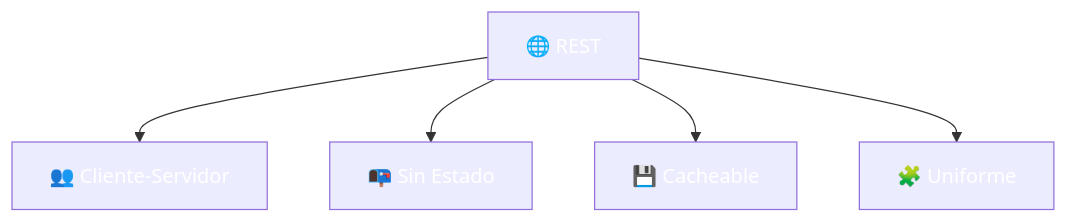
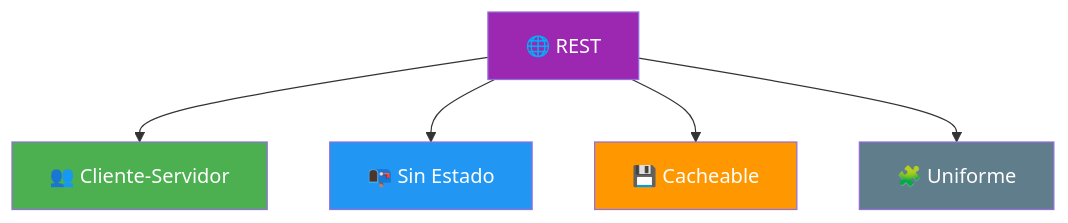
One commit to joseluisgs/DesarrolloWebEntornosServidor-02-2026-2027 changed the second of 4 diagrams in 02-rest-api.md. Above: the diagram before and after it, drawn with Mermaid. The commit also changed other lines of this file and 29 other files, not shown here.

Commit message:
docs: corregir estilos Mermaid y estilo, quitar referencias a la Tienda y reestructurar los retos 13 y 15

````diff
--- a/02-rest-api.md
+++ b/02-rest-api.md
@@ -67,12 +67,12 @@
 ```mermaid
 flowchart TD
     A["🌐 REST"] --> B["👥 Cliente-Servidor"]
     A --> C["📭 Sin Estado"]
     A --> D["💾 Cacheable"]
     A --> E["🧩 Uniforme"]
-    style A fill:#9C27B,color:#fff0,color:#fff
-    style B fill:#4CAF5,color:#fff0,color:#fff
-    style C fill:#2196F,color:#fff3,color:#fff
-    style D fill:#FF980,color:#fff0,color:#fff
-    style E fill:#607D8,color:#fffB,color:#fff
+    style A fill:#9C27B0,color:#fff
+    style B fill:#4CAF50,color:#fff
+    style C fill:#2196F3,color:#fff
+    style D fill:#FF9800,color:#fff
+    style E fill:#607D8B,color:#fff
 ```
````
